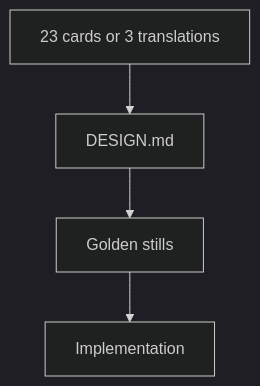
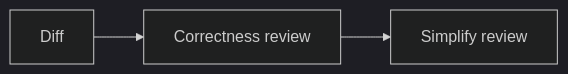
Before and after one commit to mahik504/orchestra-workflow: the sixth of 8 diagrams in README.md, drawn with Mermaid (dark theme). The commit also changed other lines of this file and 312 other files, not shown here.

````diff
--- a/README.md
+++ b/README.md
@@ -194,8 +77,5 @@
 ```mermaid
-flowchart TD
-  cards[23 cards or 3 translations]
-  contractFile[DESIGN.md]
-  stills[Golden stills]
-  code[Implementation]
-  cards --> contractFile --> stills --> code
+flowchart LR
+  diff[Diff] --> correct[Correctness review]
+  correct --> simple[Simplify review]
 ```
````
